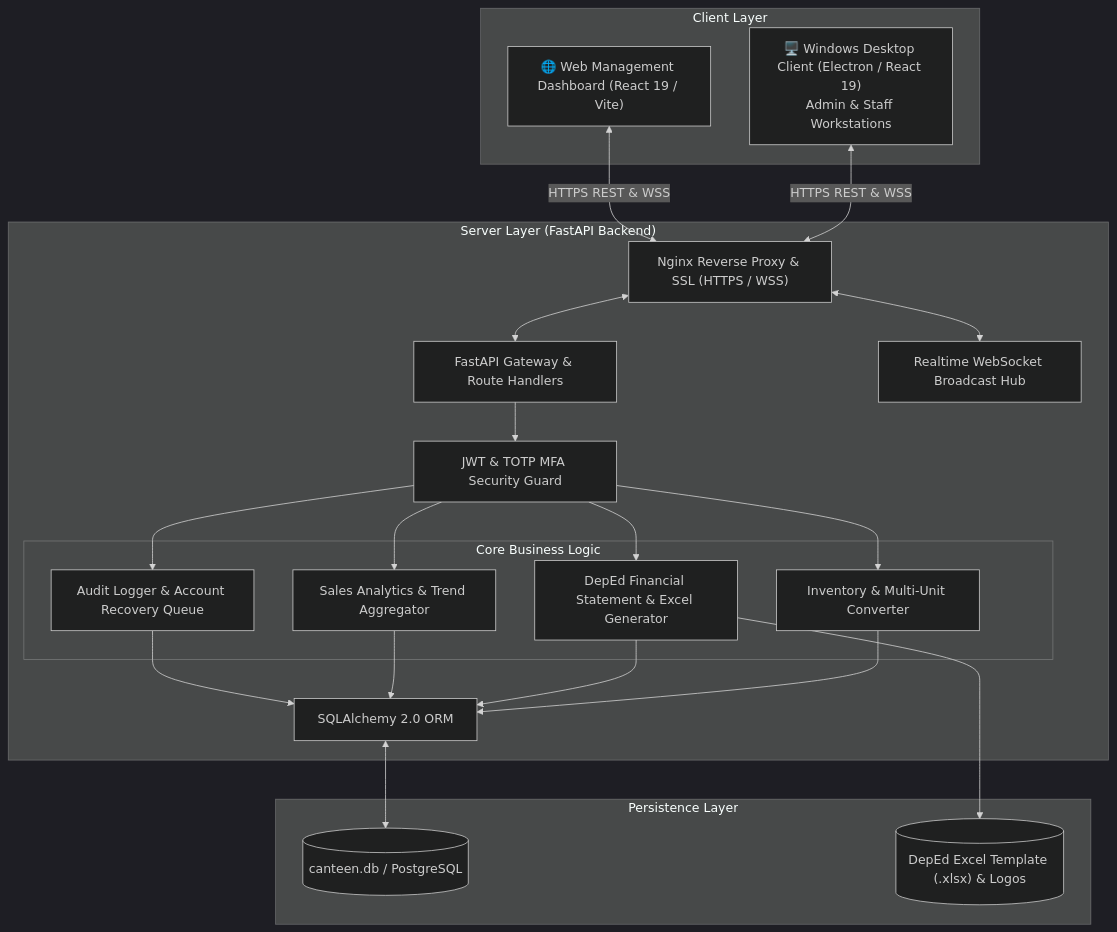
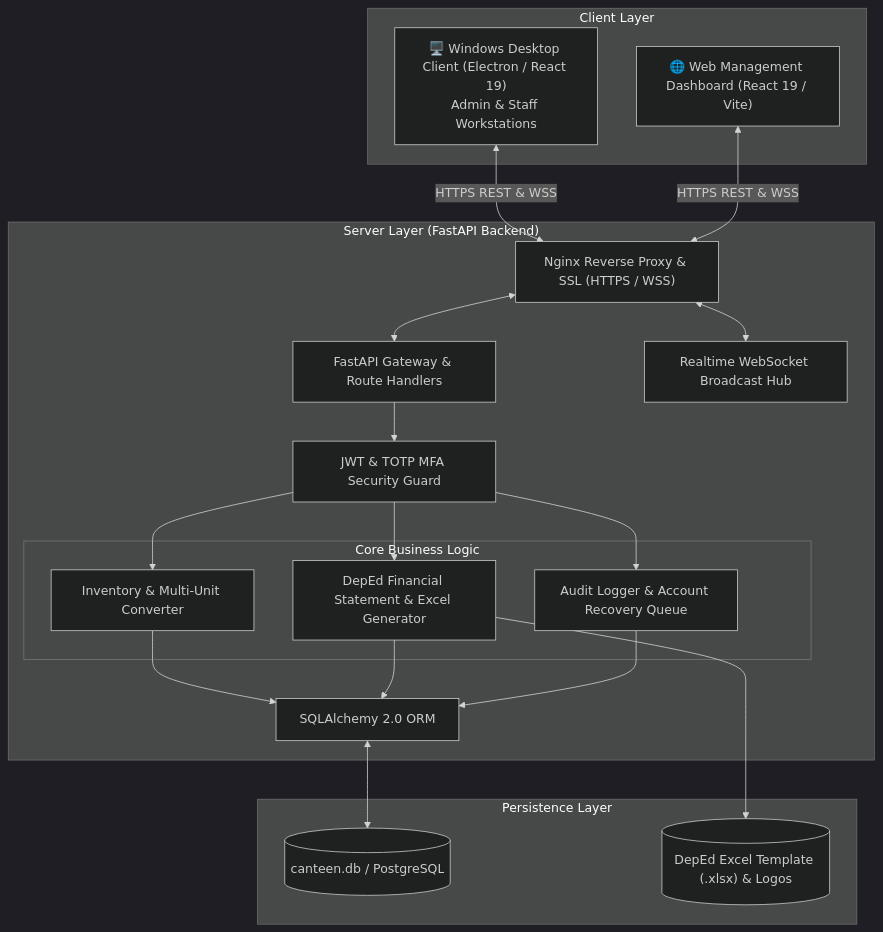
Before and after one commit to RonaldMark17/SmartCanteen: the diagram in README.md, drawn with Mermaid (dark theme). The commit also changed other lines of this file and 34 other files, not shown here.

````diff
--- a/README.md
+++ b/README.md
@@ -40,48 +40,45 @@
 ```mermaid
 graph TB
     subgraph "Client Layer"
         DesktopApp["🖥️ Windows Desktop Client (Electron / React 19)<br/>Admin & Staff Workstations"]
         WebApp["🌐 Web Management Dashboard (React 19 / Vite)"]
     end
 
     subgraph "Server Layer (FastAPI Backend)"
         Nginx["Nginx Reverse Proxy & SSL (HTTPS / WSS)"]
         Router["FastAPI Gateway & Route Handlers"]
         AuthGuard["JWT & TOTP MFA Security Guard"]
         WSHub["Realtime WebSocket Broadcast Hub"]
         
         subgraph "Core Business Logic"
             InventoryEngine["Inventory & Multi-Unit Converter"]
             ReportEngine["DepEd Financial Statement & Excel Generator"]
-            AnalyticsEngine["Sales Analytics & Trend Aggregator"]
             AuditEngine["Audit Logger & Account Recovery Queue"]
         end
         
         ORMLayer["SQLAlchemy 2.0 ORM"]
     end
 
     subgraph "Persistence Layer"
         DB[(canteen.db / PostgreSQL)]
         ExcelTpl[("DepEd Excel Template (.xlsx) & Logos")]
     end
 
     DesktopApp <-->|HTTPS REST & WSS| Nginx
     WebApp <-->|HTTPS REST & WSS| Nginx
 
     Nginx <--> Router
     Nginx <--> WSHub
 
     Router --> AuthGuard
     AuthGuard --> InventoryEngine
     AuthGuard --> ReportEngine
-    AuthGuard --> AnalyticsEngine
     AuthGuard --> AuditEngine
 
     InventoryEngine --> ORMLayer
     ReportEngine --> ORMLayer
-    AnalyticsEngine --> ORMLayer
     AuditEngine --> ORMLayer
 
     ReportEngine --> ExcelTpl
     ORMLayer <--> DB
 ```
````
